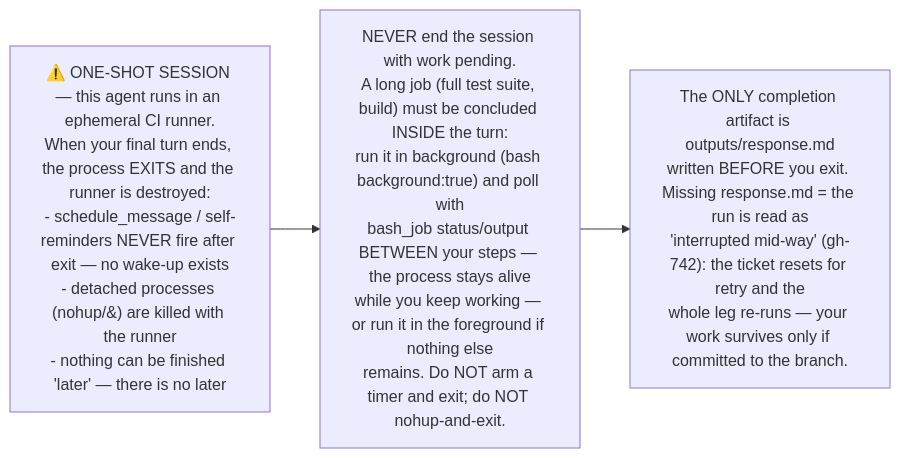
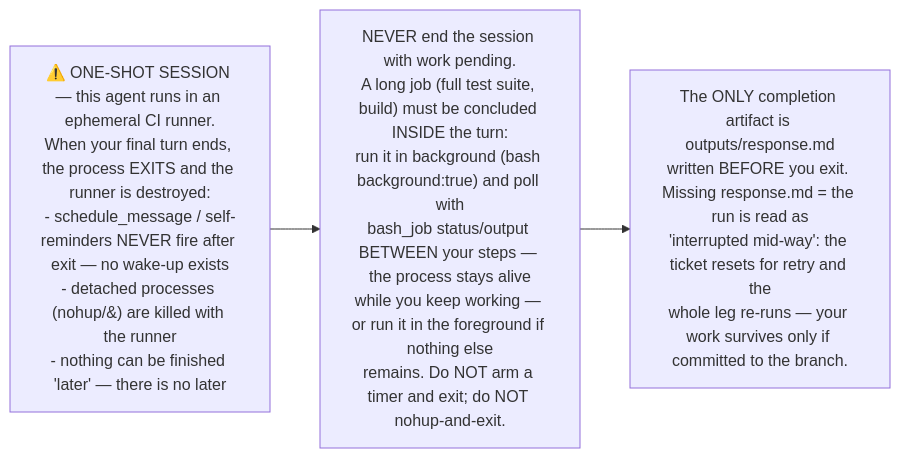
One commit to IstiN/dmtools-agents changed the diagram in instructions/common/session_ephemerality.md. Above: the diagram before and after it, drawn with Mermaid. The commit also changed other lines of this file and 48 other files, not shown here.

````diff
--- a/instructions/common/session_ephemerality.md
+++ b/instructions/common/session_ephemerality.md
@@ -1,6 +1,6 @@
 ```mermaid
 flowchart LR
     ENV["⚠️ ONE-SHOT SESSION — this agent runs in an ephemeral CI runner.<br/>When your final turn ends, the process EXITS and the runner is destroyed:<br/>- schedule_message / self-reminders NEVER fire after exit — no wake-up exists<br/>- detached processes (nohup/&) are killed with the runner<br/>- nothing can be finished 'later' — there is no later"]
     ENV --> RULE["NEVER end the session with work pending.<br/>A long job (full test suite, build) must be concluded INSIDE the turn:<br/>run it in background (bash background:true) and poll with<br/>bash_job status/output BETWEEN your steps — the process stays alive<br/>while you keep working — or run it in the foreground if nothing else<br/>remains. Do NOT arm a timer and exit; do NOT nohup-and-exit."]
-    RULE --> ARTIFACT["The ONLY completion artifact is outputs/response.md<br/>written BEFORE you exit. Missing response.md = the run is read as<br/>'interrupted mid-way' (gh-742): the ticket resets for retry and the<br/>whole leg re-runs — your work survives only if committed to the branch."]
+    RULE --> ARTIFACT["The ONLY completion artifact is outputs/response.md<br/>written BEFORE you exit. Missing response.md = the run is read as<br/>'interrupted mid-way': the ticket resets for retry and the<br/>whole leg re-runs — your work survives only if committed to the branch."]
 ```
````
